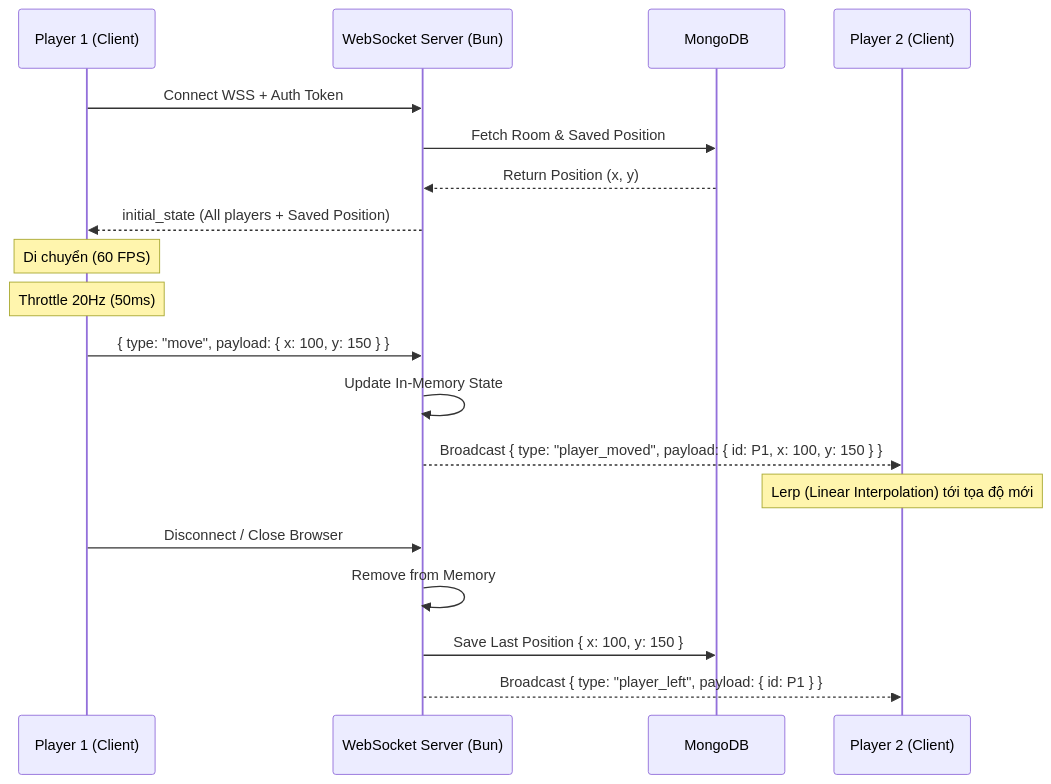
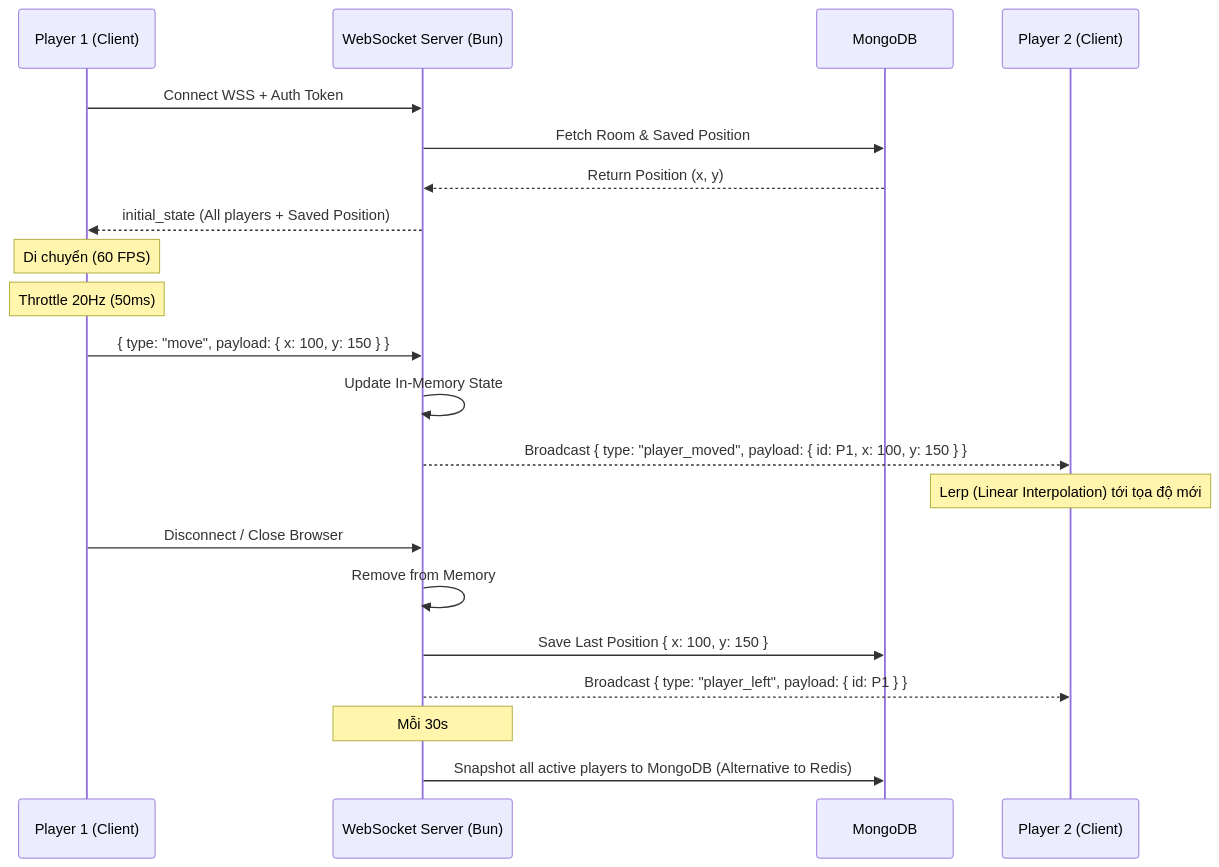
The second of 3 diagrams in docs/overall_architecture.md (locpham-gh/the-gathering-03), drawn with Mermaid before and after one commit. The commit also changed other lines of this file and 43 other files, not shown here.

````diff
--- a/docs/overall_architecture.md
+++ b/docs/overall_architecture.md
@@ -63,29 +65,33 @@
 ```mermaid
 sequenceDiagram
     participant P1 as Player 1 (Client)
     participant WS as WebSocket Server (Bun)
     participant DB as MongoDB
     participant P2 as Player 2 (Client)
 
     %% Join Room
     P1->>WS: Connect WSS + Auth Token
     WS->>DB: Fetch Room & Saved Position
     DB-->>WS: Return Position (x, y)
     WS-->>P1: initial_state (All players + Saved Position)
     
     %% Movement
     Note over P1: Di chuyển (60 FPS)
     Note over P1: Throttle 20Hz (50ms)
     P1->>WS: { type: "move", payload: { x: 100, y: 150 } }
     
     WS->>WS: Update In-Memory State
     WS-->>P2: Broadcast { type: "player_moved", payload: { id: P1, x: 100, y: 150 } }
     
     Note over P2: Lerp (Linear Interpolation) tới tọa độ mới
     
     %% Disconnect
     P1->>WS: Disconnect / Close Browser
     WS->>WS: Remove from Memory
     WS->>DB: Save Last Position { x: 100, y: 150 }
     WS-->>P2: Broadcast { type: "player_left", payload: { id: P1 } }
+
+    %% Periodic Reliability
+    Note over WS: Mỗi 30s
+    WS->>DB: Snapshot all active players to MongoDB (Alternative to Redis)
 ```
````
